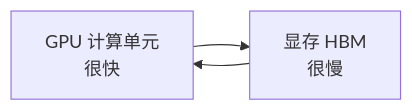
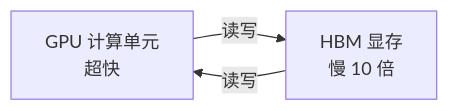
The first of 2 diagrams in src/content/docs/notes/concepts/flash-attention.mdx (hxjmmmm/thought-vectors), drawn with Mermaid before and after one commit. The commit also changed other lines of this file and 4 other files, not shown here.

````diff
--- a/src/content/docs/notes/concepts/flash-attention.mdx
+++ b/src/content/docs/notes/concepts/flash-attention.mdx
@@ -14,5 +14,5 @@
 ```mermaid
 flowchart LR
-    A[GPU 计算单元<br/>很快] --> B[显存 HBM<br/>很慢]
-    B --> A
+    A[GPU 计算单元<br/>超快] -->|读写| B[HBM 显存<br/>慢 10 倍]
+    B -->|读写| A
 ```
````
